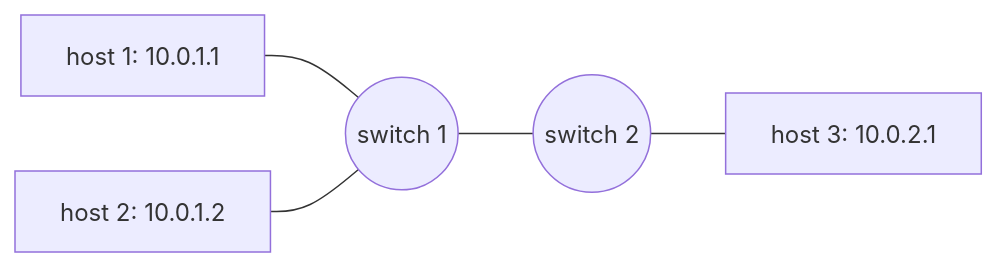
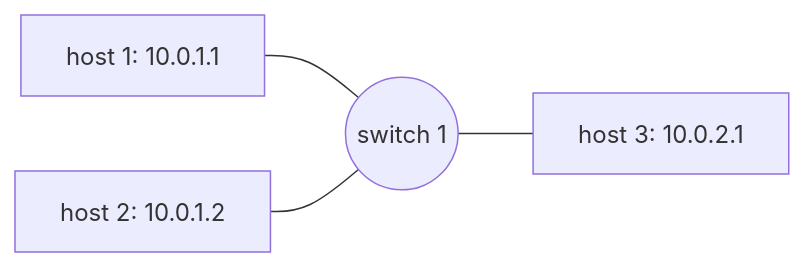
The diagram in README.md (LittleD3092/reliable-in-network-aggregation), drawn with Mermaid before and after one commit. The commit also changed 41 other files, not shown here.

````diff
--- a/README.md
+++ b/README.md
@@ -13,13 +13,11 @@
 ```mermaid
 graph LR
     h1["host 1: 10.0.1.1"]
     h2["host 2: 10.0.1.2"]
     h3["host 3: 10.0.2.1"]
     s1(("switch 1"))
-    s2(("switch 2"))
     
     h1 --- s1
     h2 --- s1
-    s1 --- s2
-    s2 --- h3
+    s1 --- h3
 ```
````
